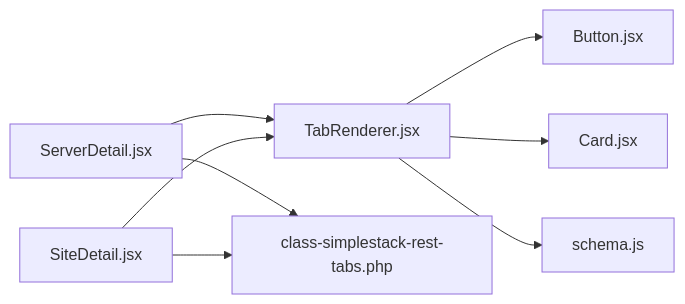
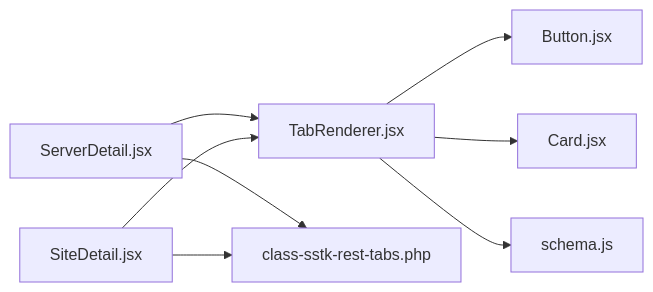
The fifth of 5 diagrams in .qoder/repowiki/en/content/React Admin Interface/UI Components Library/TabRenderer Component.md (onedogsolutions/simple-stack), drawn with Mermaid before and after one commit. The commit also changed other lines of this file and 5941 other files, not shown here.

````diff
--- a/.qoder/repowiki/en/content/React Admin Interface/UI Components Library/TabRenderer Component.md
+++ b/.qoder/repowiki/en/content/React Admin Interface/UI Components Library/TabRenderer Component.md
@@ -304,10 +304,10 @@
 ```mermaid
 graph LR
 ServerDetail["ServerDetail.jsx"] --> TabRenderer["TabRenderer.jsx"]
 SiteDetail["SiteDetail.jsx"] --> TabRenderer
 TabRenderer --> Button["Button.jsx"]
 TabRenderer --> Card["Card.jsx"]
 TabRenderer --> Schema["schema.js"]
-ServerDetail --> REST["class-simplestack-rest-tabs.php"]
+ServerDetail --> REST["class-sstk-rest-tabs.php"]
 SiteDetail --> REST
 ```
````
